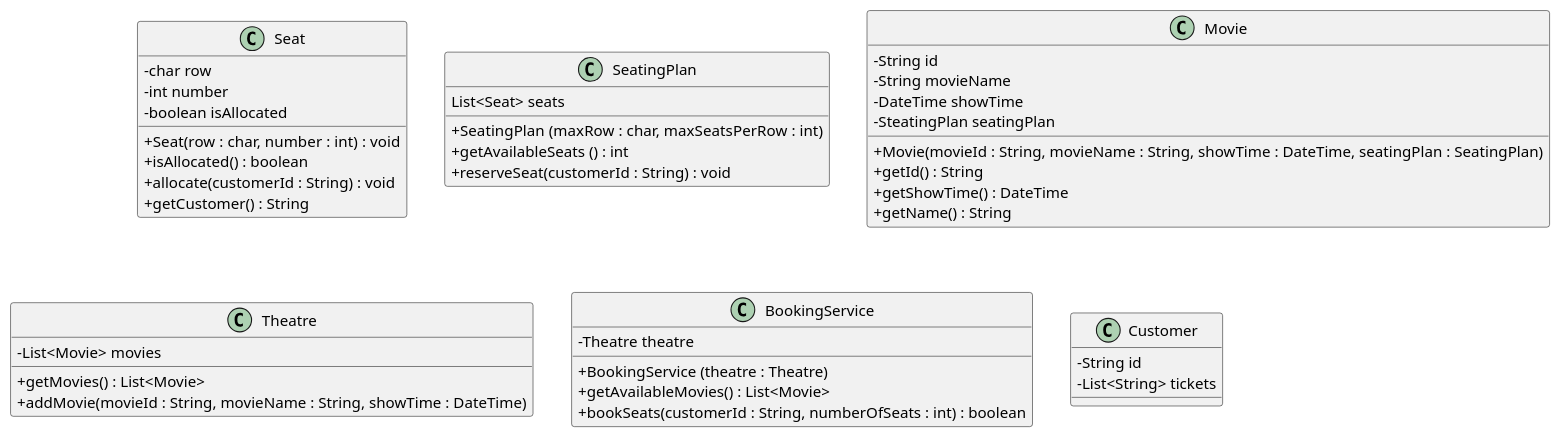
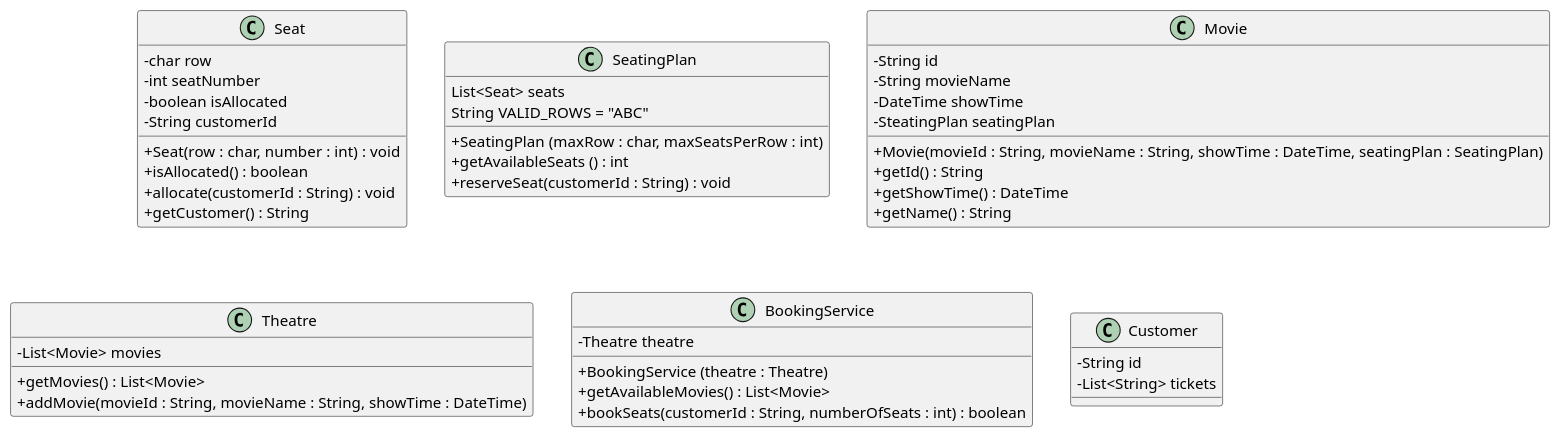
Before and after one commit to probert999/cinnamon-cinema: the diagram in uml/CinnamonCinema.puml, drawn with PlantUML. The commit also changed 8 other files, not shown here.

Commit message:
Seat and partial SeatPlan classes with tests. Updated Readme and UML

```diff
--- a/uml/CinnamonCinema.puml
+++ b/uml/CinnamonCinema.puml
@@ -1,56 +1,58 @@
 @startuml
 skinparam classAttributeIconSize 0
 
 class Seat {
     - char row
-    - int number
+    - int seatNumber
     - boolean isAllocated
+    - String customerId
 
     + Seat(row : char, number : int) : void
     + isAllocated() : boolean
     + allocate(customerId : String) : void
     + getCustomer() : String
 }
 
 class SeatingPlan {
     List<Seat> seats
+    String VALID_ROWS = "ABC"
 
     + SeatingPlan (maxRow : char, maxSeatsPerRow : int)
     + getAvailableSeats () : int
     + reserveSeat(customerId : String) : void
 }
 
 class Movie {
     - String id
     - String movieName
     - DateTime showTime
     - SteatingPlan seatingPlan
 
     + Movie(movieId : String, movieName : String, showTime : DateTime, seatingPlan : SeatingPlan)
     + getId() : String
     + getShowTime() : DateTime
     + getName() : String
 }
 
 class Theatre {
     - List<Movie> movies
 
     + getMovies() : List<Movie>
     + addMovie(movieId : String, movieName : String, showTime : DateTime)
 }
 
 class BookingService {
     - Theatre theatre
 
     + BookingService (theatre : Theatre)
     + getAvailableMovies() : List<Movie>
     + bookSeats(customerId : String, numberOfSeats : int) : boolean
 }
 
 class Customer {
     - String id
     - List<String> tickets
 }
 
 
 @enduml
```
